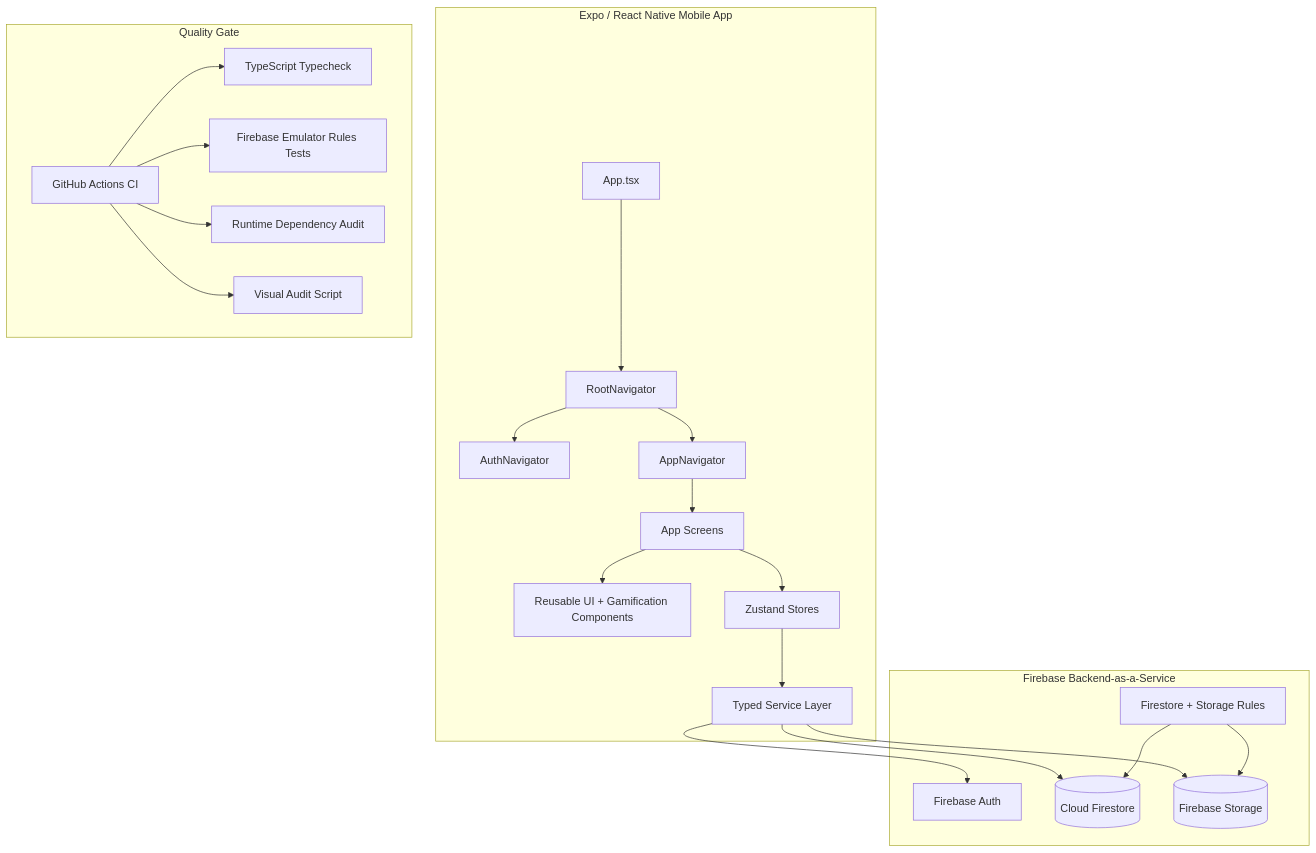
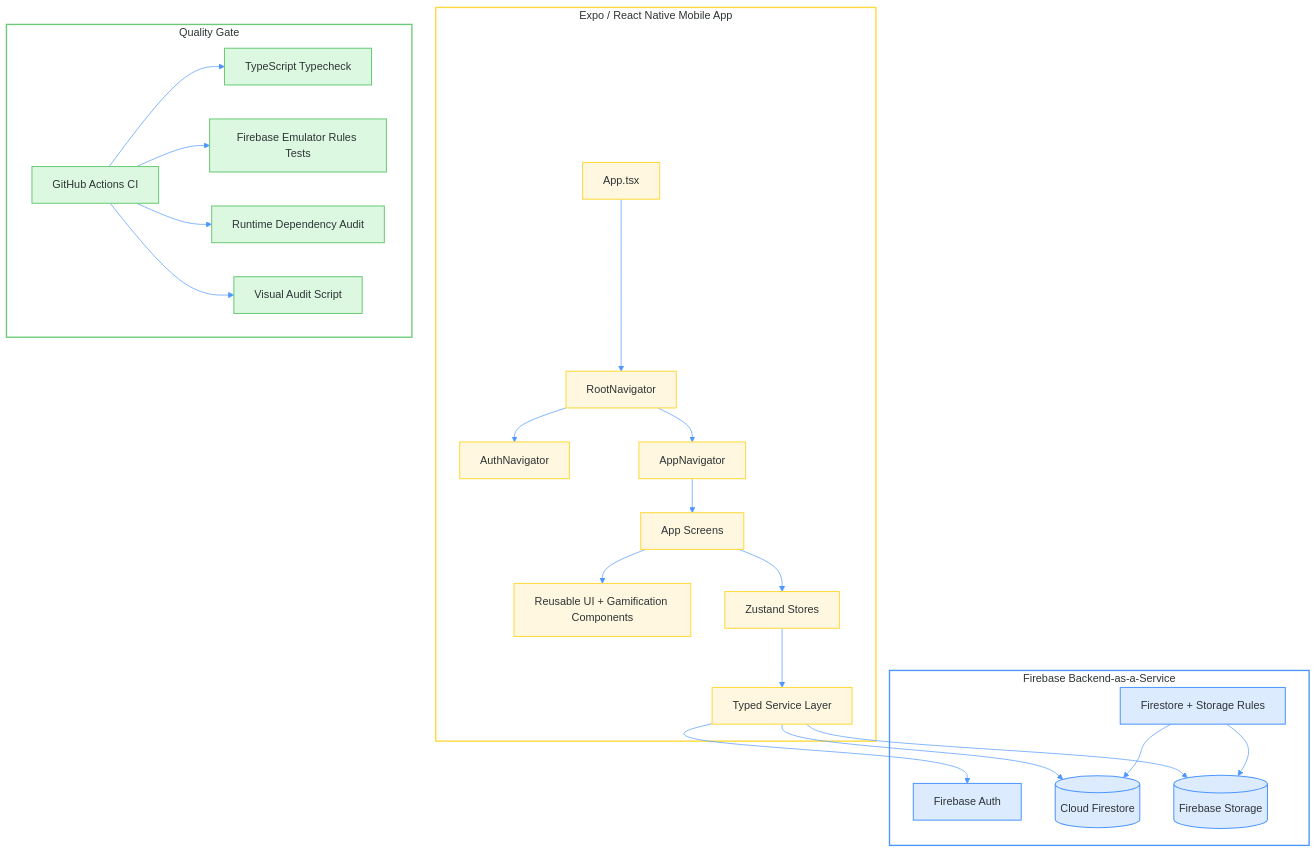
One commit to angelperezcastro/LociLandApp changed the first of 9 diagrams in README.md. Above: the diagram before and after it, drawn with Mermaid. The commit also changed other lines of this file, not shown here.

Commit message:
Updated diagrams (README)

````diff
--- a/README.md
+++ b/README.md
@@ -476,45 +476,58 @@
 ```mermaid
+%%{init: {"theme":"base","themeVariables":{"background":"#FFFFFF","mainBkg":"#FFFFFF","primaryColor":"#FFF7DF","primaryTextColor":"#2D3436","primaryBorderColor":"#FFD93D","lineColor":"#4D96FF","secondaryColor":"#DDEBFF","tertiaryColor":"#DDF8E1","fontFamily":"Nunito, Arial, sans-serif","clusterBkg":"#FFFFFF","clusterBorder":"#E9DFC7","edgeLabelBackground":"#FFFFFF","actorBkg":"#FFF7DF","actorBorder":"#FFD93D","actorTextColor":"#2D3436","activationBkg":"#DDEBFF","activationBorderColor":"#4D96FF","sequenceNumberColor":"#2D3436","noteBkgColor":"#FFF7DF","noteTextColor":"#2D3436","stateBkg":"#FFF7DF","stateBorder":"#FFD93D","stateLabelColor":"#2D3436","labelBoxBkgColor":"#FFFFFF","labelBoxBorderColor":"#E9DFC7","entityBkg":"#FFF7DF","entityBorder":"#FFD93D","relationLabelBackground":"#FFFFFF"}}}%%
 flowchart TB
     subgraph Mobile[Expo / React Native Mobile App]
         App[App.tsx]
         Root[RootNavigator]
         AuthNav[AuthNavigator]
         AppNav[AppNavigator]
         Screens[App Screens]
         UI[Reusable UI + Gamification Components]
         Stores[Zustand Stores]
         Services[Typed Service Layer]
     end
 
     subgraph Firebase[Firebase Backend-as-a-Service]
         Auth[Firebase Auth]
         Firestore[(Cloud Firestore)]
         Storage[(Firebase Storage)]
         Rules[Firestore + Storage Rules]
     end
 
     subgraph Quality[Quality Gate]
         Typecheck[TypeScript Typecheck]
         RulesTests[Firebase Emulator Rules Tests]
         Audit[Runtime Dependency Audit]
         VisualAudit[Visual Audit Script]
         CI[GitHub Actions CI]
     end
 
     App --> Root
     Root --> AuthNav
     Root --> AppNav
     AppNav --> Screens
     Screens --> UI
     Screens --> Stores
     Stores --> Services
     Services --> Auth
     Services --> Firestore
     Services --> Storage
     Rules --> Firestore
     Rules --> Storage
     CI --> Typecheck
     CI --> RulesTests
     CI --> Audit
     CI --> VisualAudit
+
+    style Mobile fill:#FFFFFF,stroke:#FFD93D,stroke-width:2px,color:#2D3436
+    style Firebase fill:#FFFFFF,stroke:#4D96FF,stroke-width:2px,color:#2D3436
+    style Quality fill:#FFFFFF,stroke:#6BCB77,stroke-width:2px,color:#2D3436
+
+    classDef mobile fill:#FFF7DF,stroke:#FFD93D,stroke-width:1.5px,color:#2D3436
+    classDef firebase fill:#DDEBFF,stroke:#4D96FF,stroke-width:1.5px,color:#2D3436
+    classDef quality fill:#DDF8E1,stroke:#6BCB77,stroke-width:1.5px,color:#2D3436
+
+    class App,Root,AuthNav,AppNav,Screens,UI,Stores,Services mobile
+    class Auth,Firestore,Storage,Rules firebase
+    class Typecheck,RulesTests,Audit,VisualAudit,CI quality
 ```
````
